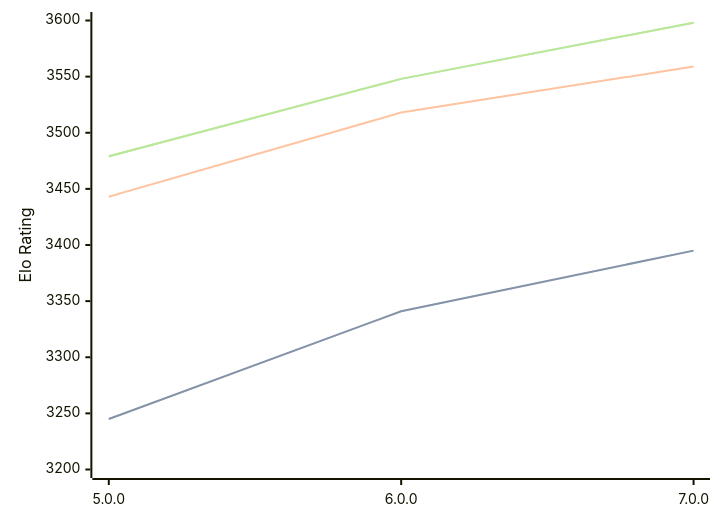
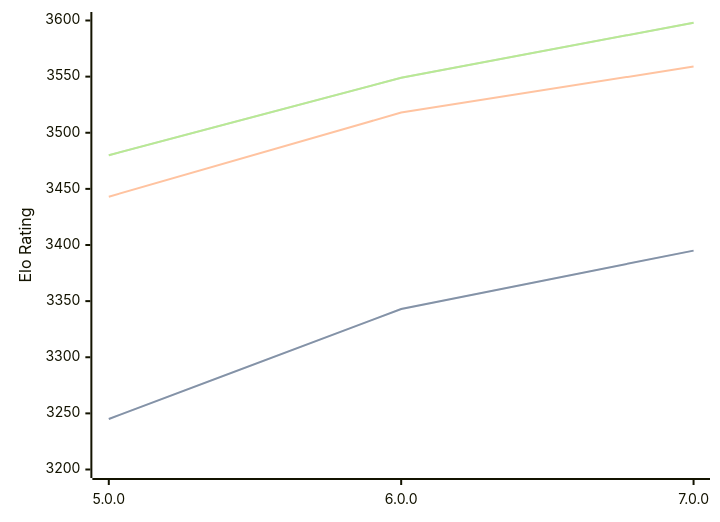
One commit to computer-chess-index/cci changed the diagram in engines/Stormphrax.md. Above: the diagram before and after it, drawn with Mermaid. The commit also changed other lines of this file, not shown here.

Commit message:
Update CCI Ratings (ELO VLTC) - 2026-02-26

````diff
--- a/engines/Stormphrax.md
+++ b/engines/Stormphrax.md
@@ -36,11 +36,11 @@
 ```mermaid
 %%{init: {"theme":"base","themeVariables":{"seriesColors:['#a3a3a3','#222221','#faa371']}}}%%
 xychart-beta
   x-axis ["5.0.0", "6.0.0", "7.0.0"]
   y-axis "Elo Rating" 3200 --> 3600
-  line "STC (8.0+0.08s)" [3245, 3341, 3395]
-  line "STC (8.0+0.08s)" [3245, 3341, 3395]
+  line "STC (8.0+0.08s)" [3245, 3343, 3395]
+  line "STC (8.0+0.08s)" [3245, 3343, 3395]
   line "LTC (60.0+0.60s)" [3443, 3518, 3559]
-  line "VLTC (2m24s+1.12s)" [3479, 3548, 3598]
-  line "VLTC (2m24s+1.12s)" [3479, 3548, 3598]
+  line "VLTC (2m24s+1.12s)" [3480, 3549, 3598]
+  line "VLTC (2m24s+1.12s)" [3480, 3549, 3598]
 ```
````
